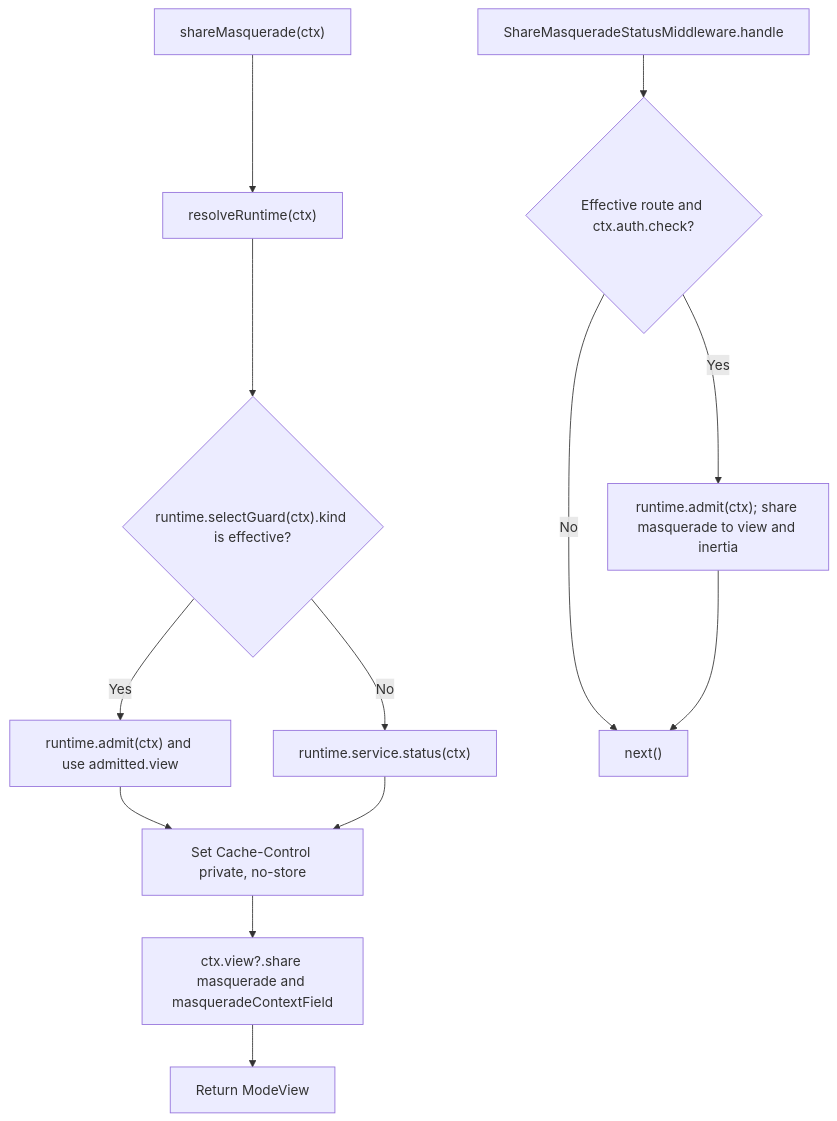
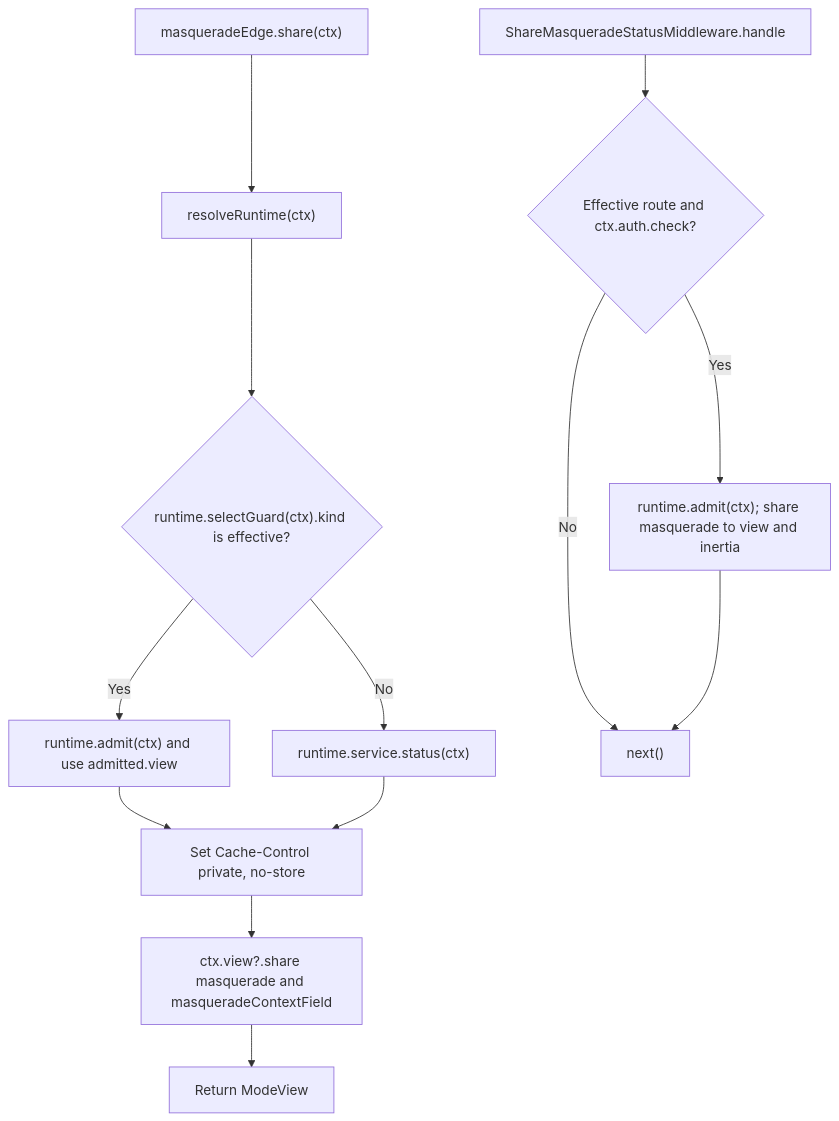
One commit to Kevinjohn/oss-adonisjs-masquerade changed the second of 2 diagrams in user-stories/submit-context-token/us-context-02-share-edge-context.md. Above: the diagram before and after it, drawn with Mermaid. The commit also changed other lines of this file and 293 other files, not shown here.

````diff
--- a/user-stories/submit-context-token/us-context-02-share-edge-context.md
+++ b/user-stories/submit-context-token/us-context-02-share-edge-context.md
@@ -38,15 +38,15 @@
 ```mermaid
 flowchart TD
-    A["shareMasquerade(ctx)"] --> B["resolveRuntime(ctx)"]
+    A["masqueradeEdge.share(ctx)"] --> B["resolveRuntime(ctx)"]
     B --> C{"runtime.selectGuard(ctx).kind is effective?"}
     C -->|Yes| D["runtime.admit(ctx) and use admitted.view"]
     C -->|No| E["runtime.service.status(ctx)"]
     D --> P["Set Cache-Control private, no-store"]
     E --> P
     P --> F["ctx.view?.share masquerade and masqueradeContextField"]
     F --> G["Return ModeView"]
     H["ShareMasqueradeStatusMiddleware.handle"] --> I{"Effective route and ctx.auth.check?"}
     I -->|No| J["next()"]
     I -->|Yes| K["runtime.admit(ctx); share masquerade to view and inertia"]
     K --> J
 ```
````
